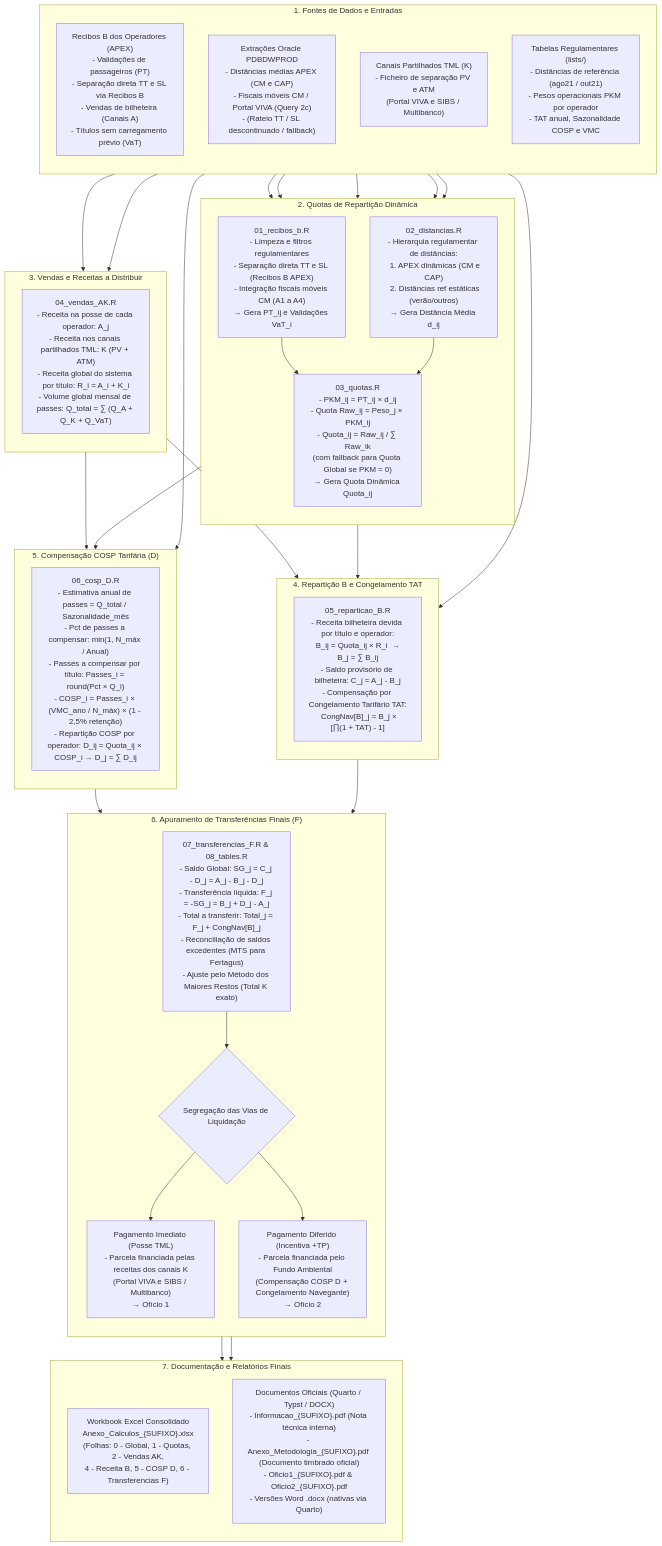
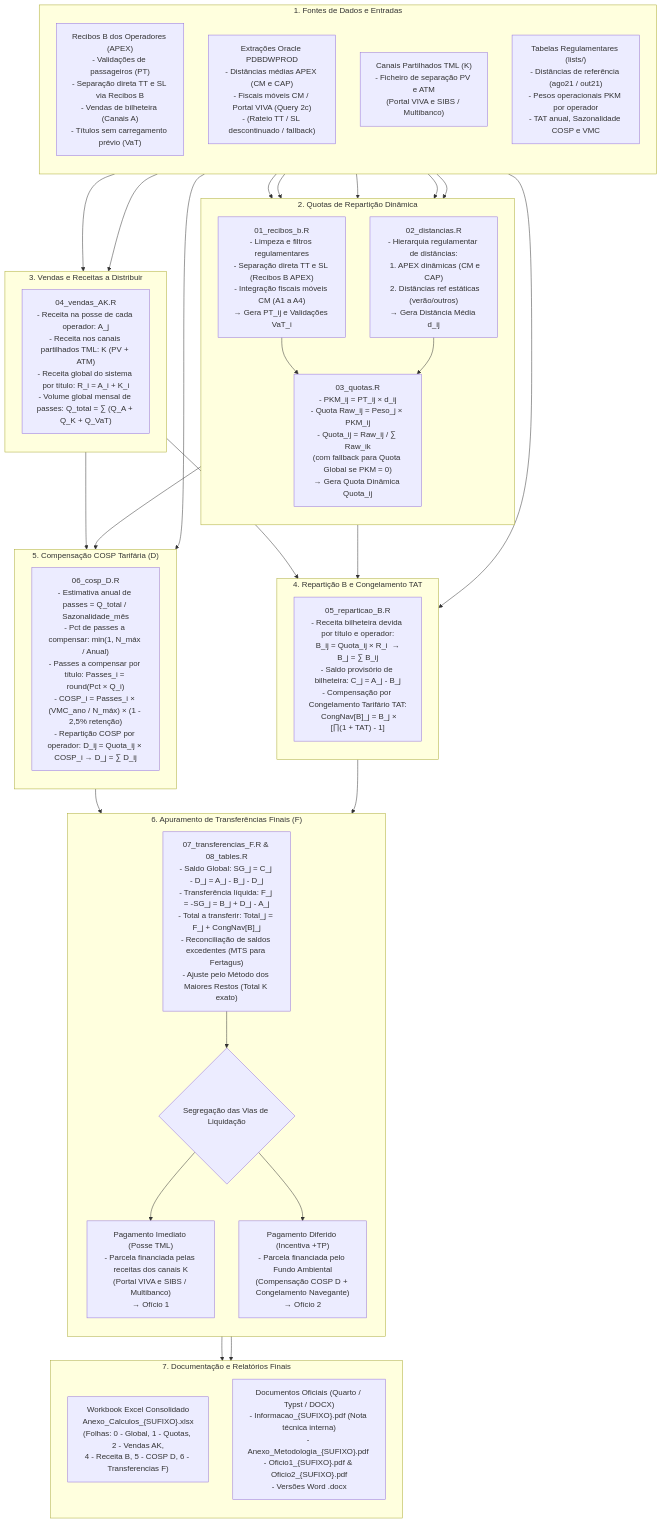
The diagram in code/procedure.md (tmlmobilidade/compensacoes-navegante), drawn with Mermaid before and after one commit. The commit also changed other lines of this file, not shown here.

```diff
--- a/code/procedure.md
+++ b/code/procedure.md
@@ -31,7 +31,7 @@
         P01["01_recibos_b.R\n- Limpeza e filtros regulamentares\n- Separação direta TT e SL (Recibos B APEX)\n- Integração fiscais móveis CM (A1 a A4)\n→ Gera PT_ij e Validações VaT_i"]
         P02["02_distancias.R\n- Hierarquia regulamentar de distâncias:\n  1. APEX dinâmicas (CM e CAP)\n  2. Distâncias ref estáticas (verão/outros)\n→ Gera Distância Média d_ij"]
         P03["03_quotas.R\n- PKM_ij = PT_ij × d_ij\n- Quota Raw_ij = Peso_j × PKM_ij\n- Quota_ij = Raw_ij / ∑ Raw_ik\n(com fallback para Quota Global se PKM = 0)\n→ Gera Quota Dinâmica Quota_ij"]
-    
+  
         P01 --> P03
         P02 --> P03
     end
@@ -66,12 +66,12 @@
     subgraph TRANSF_STEP["6. Apuramento de Transferências Finais (F)"]
         direction TB
         P07["07_transferencias_F.R & 08_tables.R\n- Saldo Global: SG_j = C_j - D_j = A_j - B_j - D_j\n- Transferência líquida: F_j = -SG_j = B_j + D_j - A_j\n- Total a transferir: Total_j = F_j + CongNav[B]_j\n- Reconciliação de saldos excedentes (MTS para Fertagus)\n- Ajuste pelo Método dos Maiores Restos (Total K exato)"]
-    
+  
         SPLIT{"Segregação das Vias de Liquidação"}
-    
+  
         PAY_IMEDIATO["Pagamento Imediato (Posse TML)\n- Parcela financiada pelas receitas dos canais K\n(Portal VIVA e SIBS / Multibanco)\n→ Ofício 1"]
         PAY_INCENTIVA["Pagamento Diferido (Incentiva +TP)\n- Parcela financiada pelo Fundo Ambiental\n(Compensação COSP D + Congelamento Navegante)\n→ Ofício 2"]
-    
+  
         P07 --> SPLIT
         SPLIT --> PAY_IMEDIATO
         SPLIT --> PAY_INCENTIVA
@@ -83,7 +83,7 @@
     subgraph OUT_STEP["7. Documentação e Relatórios Finais"]
         direction TB
         OUT_EXCEL["Workbook Excel Consolidado\nAnexo_Calculos_{SUFIXO}.xlsx\n(Folhas: 0 - Global, 1 - Quotas, 2 - Vendas AK,\n4 - Receita B, 5 - COSP D, 6 - Transferencias F)"]
-        OUT_REPORTS["Documentos Oficiais (Quarto / Typst / DOCX)\n- Informacao_{SUFIXO}.pdf (Nota técnica interna)\n- Anexo_Metodologia_{SUFIXO}.pdf (Documento timbrado oficial)\n- Oficio1_{SUFIXO}.pdf & Oficio2_{SUFIXO}.pdf\n- Versões Word .docx (nativas via Quarto)"]
+        OUT_REPORTS["Documentos Oficiais (Quarto / Typst / DOCX)\n- Informacao_{SUFIXO}.pdf (Nota técnica interna)\n- Anexo_Metodologia_{SUFIXO}.pdf \n- Oficio1_{SUFIXO}.pdf & Oficio2_{SUFIXO}.pdf\n- Versões Word .docx"]
     end
 
     %% Ligações entre etapas
```
